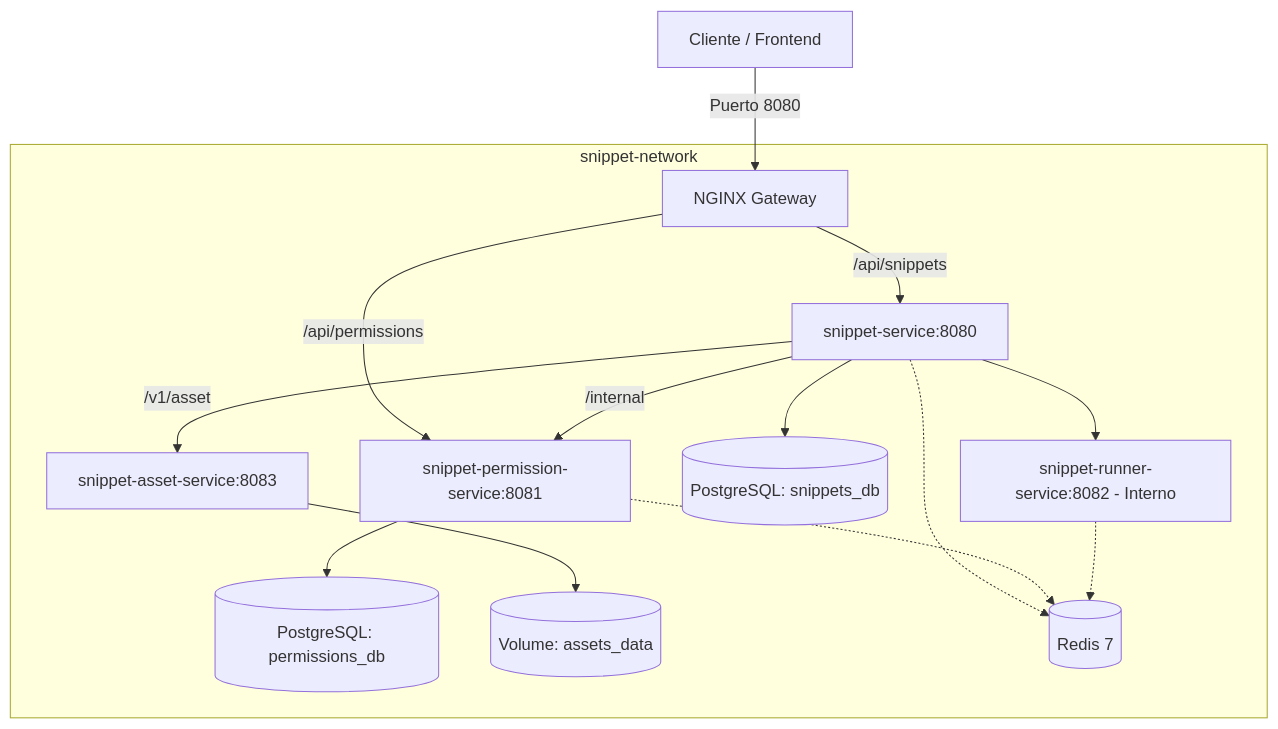
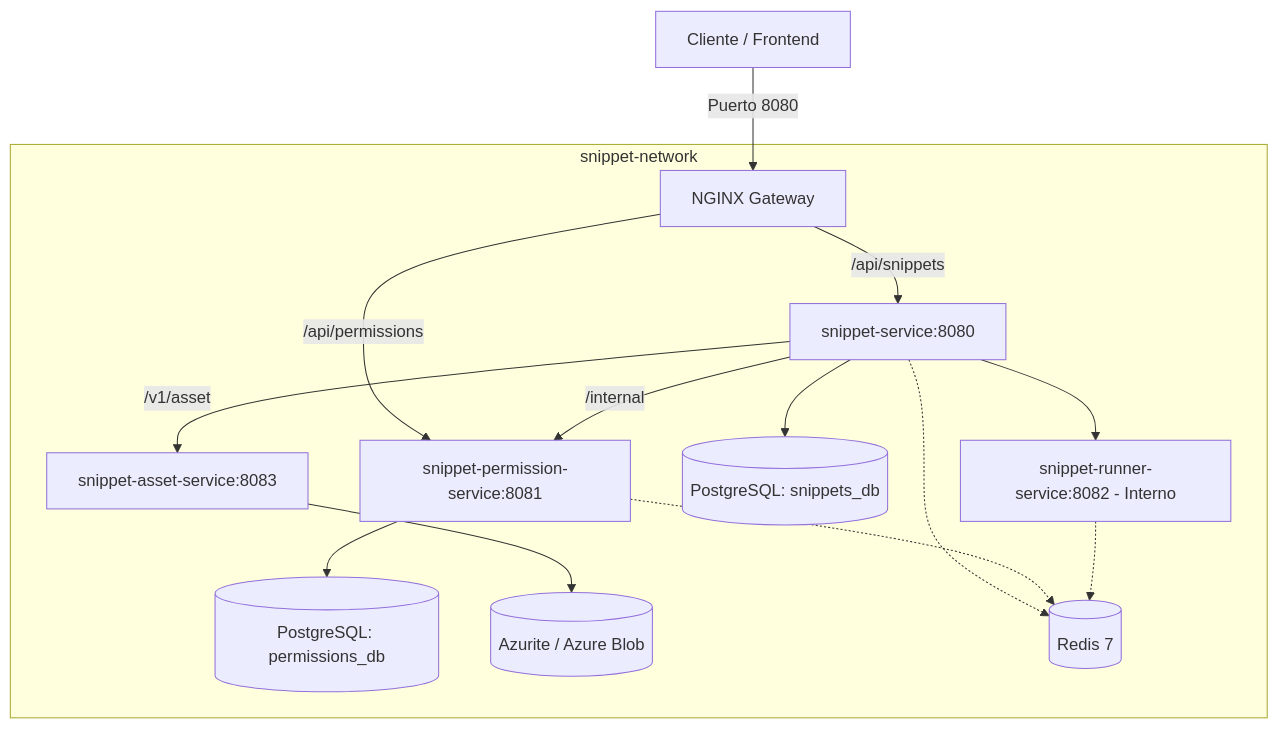
The diagram in README.md (IngsisMac/snippet-infra), drawn with Mermaid before and after one commit. The commit also changed other lines of this file and 2 other files, not shown here.

Commit message:
chore(infra): require Auth0 issuer and audience, add M2M credentials and document the cátedra asset-service

````diff
--- a/README.md
+++ b/README.md
@@ -7,22 +7,22 @@
 ```mermaid
 graph TD
     Client[Cliente / Frontend] -->|Puerto 8080| Gateway[NGINX Gateway]
     
     subgraph Red Docker [snippet-network]
         Gateway -->|/api/snippets| SnippetSvc[snippet-service:8080]
         Gateway -->|/api/permissions| PermSvc[snippet-permission-service:8081]
         SnippetSvc -->|/v1/asset| AssetSvc[snippet-asset-service:8083]
         SnippetSvc -->|/internal| PermSvc
         
         SnippetSvc --> SnippetsDB[(PostgreSQL: snippets_db)]
         PermSvc --> PermDB[(PostgreSQL: permissions_db)]
-        AssetSvc --> AssetsVol[(Volume: assets_data)]
+        AssetSvc --> Azurite[(Azurite / Azure Blob)]
         
         SnippetSvc -.-> Redis[(Redis 7)]
         PermSvc -.-> Redis
         
         ParserSvc[snippet-runner-service:8082 - Interno]
         ParserSvc -.-> Redis
         SnippetSvc --> ParserSvc
     end
 ```
````
